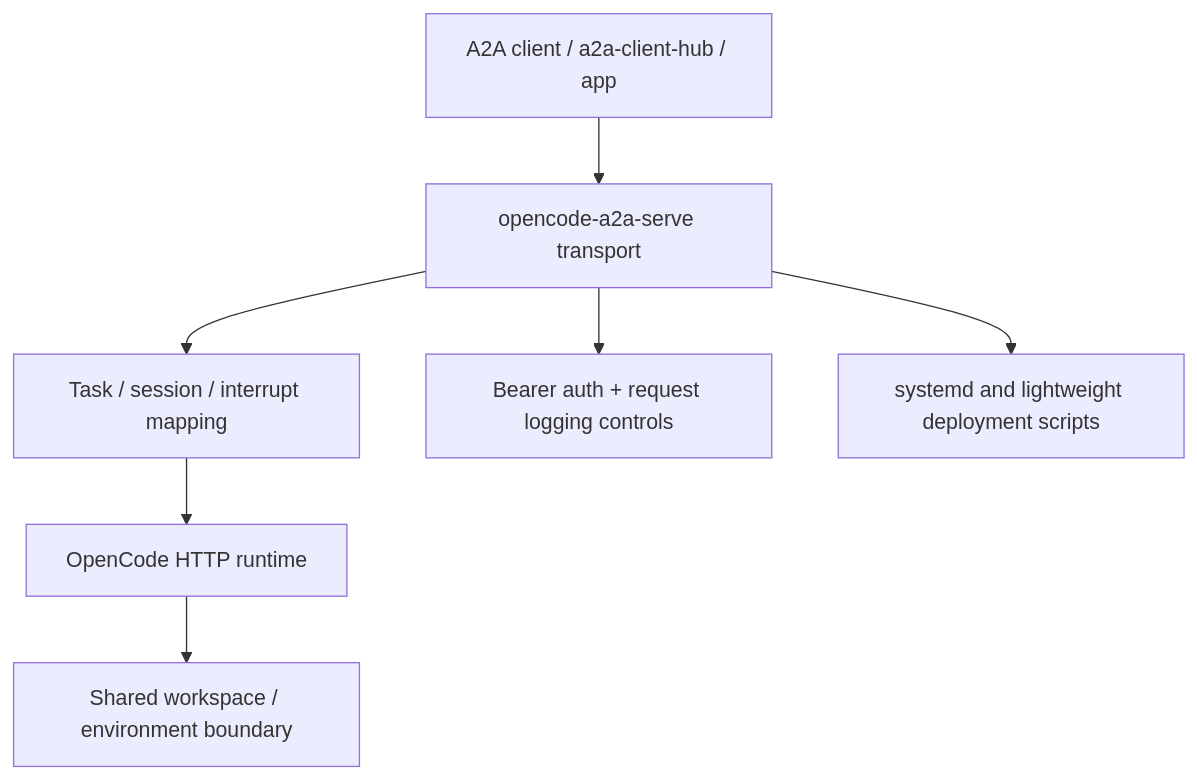
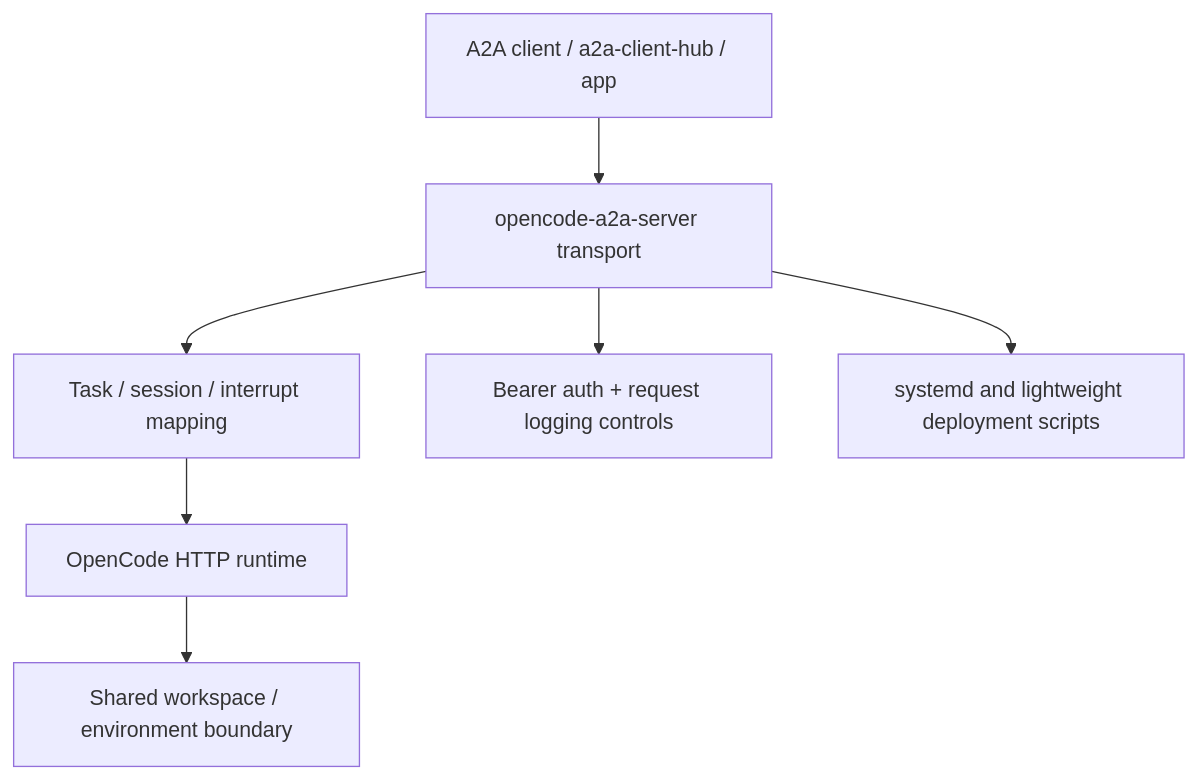
One commit to Intelligent-Internet/opencode-a2a changed the diagram in README.md. Above: the diagram before and after it, drawn with Mermaid. The commit also changed other lines of this file and 42 other files, not shown here.

Commit message:
chore: rename project to opencode-a2a-server #170

````diff
--- a/README.md
+++ b/README.md
@@ -46,10 +46,10 @@
 ```mermaid
 flowchart TD
-    Hub["A2A client / a2a-client-hub / app"] --> Api["opencode-a2a-serve transport"]
+    Hub["A2A client / a2a-client-hub / app"] --> Api["opencode-a2a-server transport"]
     Api --> Mapping["Task / session / interrupt mapping"]
     Mapping --> Runtime["OpenCode HTTP runtime"]
 
     Api --> Auth["Bearer auth + request logging controls"]
     Api --> Deploy["systemd and lightweight deployment scripts"]
     Runtime --> Workspace["Shared workspace / environment boundary"]
 ```
````
